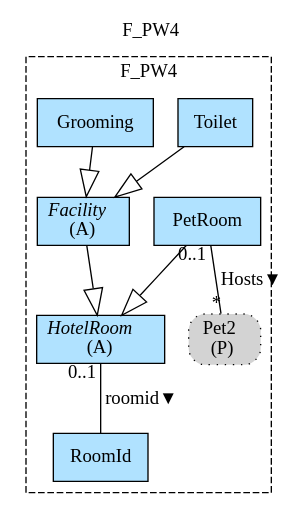
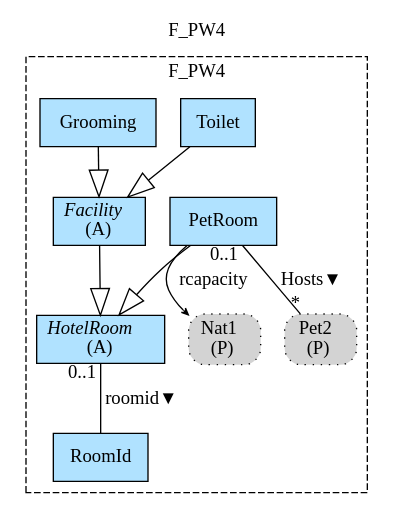
One commit to namalio/Fragmenta changed the diagram in Haskell/PetsWorld/img/F_PW4.gv. Above: the diagram before and after it, drawn with Graphviz. The commit also changed 81 other files, not shown here.

```diff
--- a/Haskell/PetsWorld/img/F_PW4.gv
+++ b/Haskell/PetsWorld/img/F_PW4.gv
@@ -1,20 +1,23 @@
 digraph {graph[label=F_PW4,labelloc=tl,labelfontsize=12];
 subgraph cluster_F_PW4{style=dashed;label=F_PW4;
 "PPet2"[shape=box,fillcolor=lightgray,style ="rounded,filled,dotted",label=<Pet2<br/>(P)>];
+"PNat1"[shape=box,fillcolor=lightgray,style ="rounded,filled,dotted",label=<Nat1<br/>(P)>];
 "PetRoom"[shape=record,fillcolor=lightskyblue1,style = filled,label="PetRoom"];
 "RoomId"[shape=record,fillcolor=lightskyblue1,style = filled,label="RoomId"];
 "Facility"[shape=record,fillcolor=lightskyblue1,style = filled,label=<{<I>Facility</I><br/>(A)}>];
 "Toilet"[shape=record,fillcolor=lightskyblue1,style = filled,label="Toilet"];
 "Grooming"[shape=record,fillcolor=lightskyblue1,style = filled,label="Grooming"];
 "HotelRoom"[shape=record,fillcolor=lightskyblue1,style = filled,label=<{<I>HotelRoom</I><br/>(A)}>];
 
 "PetRoom"->"PPet2"[label="Hosts▼",dir=none,taillabel="0..1",headlabel="*"];
 "HotelRoom"->"RoomId"[label="roomid▼",dir=none,taillabel="0..1",headlabel=""];
 "PetRoom"->"HotelRoom"[arrowhead=onormal,arrowsize=2.0];
 "Facility"->"HotelRoom"[arrowhead=onormal,arrowsize=2.0];
 "Toilet"->"Facility"[arrowhead=onormal,arrowsize=2.0];
 "Grooming"->"Facility"[arrowhead=onormal,arrowsize=2.0];
+"PetRoom"->"PNat1"[label="rcapacity",arrowhead=vee,headlabel="",arrowsize=.5];
 
 }
 
+
 }
```
